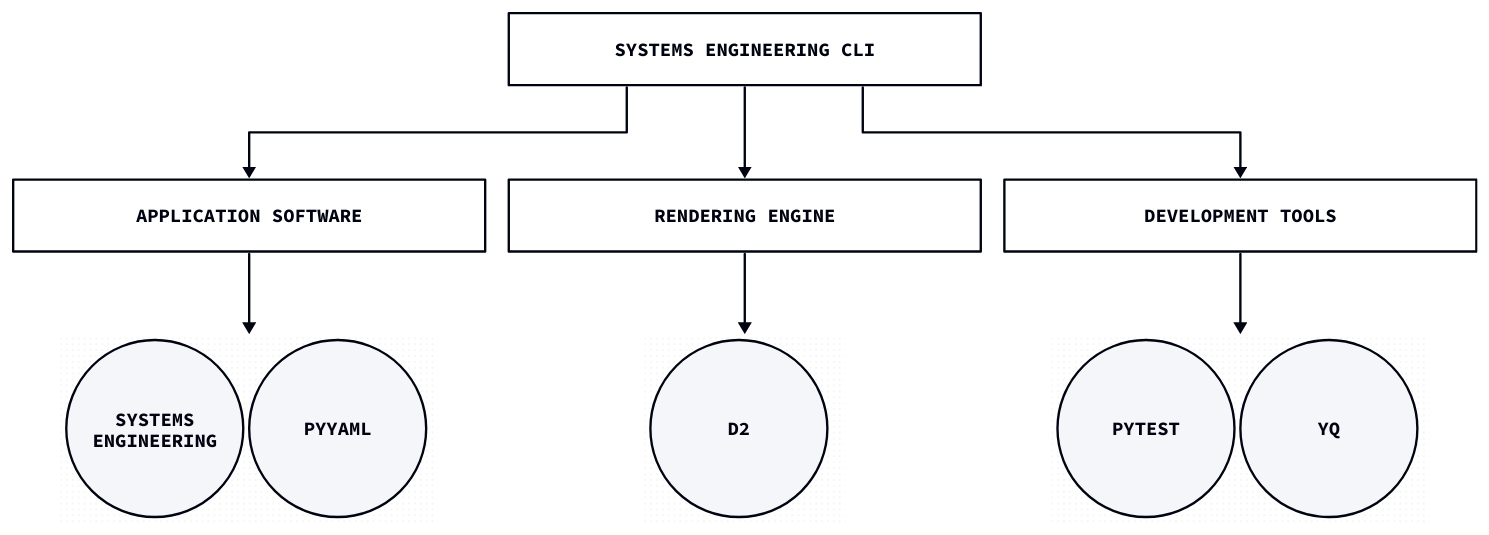
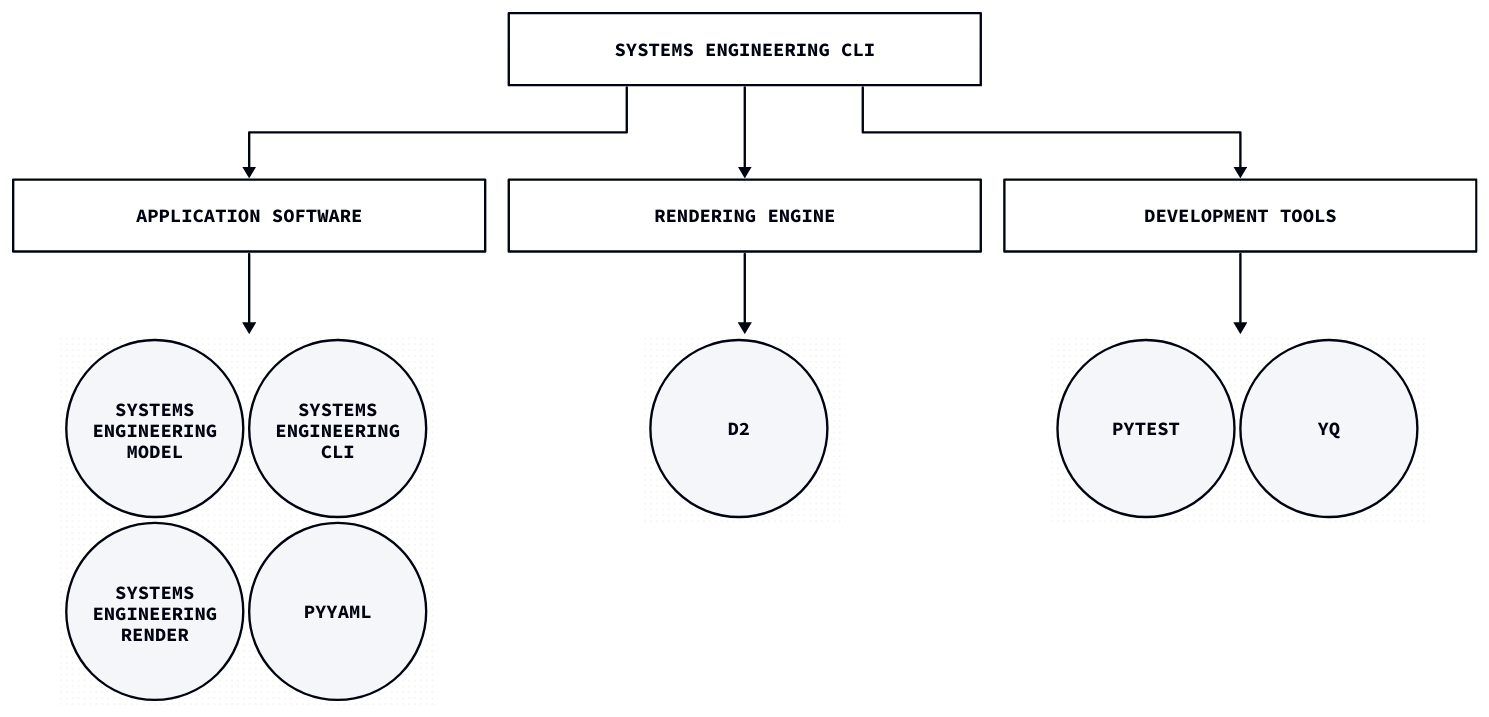
The diagram in design/product_breakdown.d2 (aidanns/systems-engineering), drawn with D2 before and after one commit. The commit also changed 18 other files, not shown here.

```diff
--- a/design/product_breakdown.d2
+++ b/design/product_breakdown.d2
@@ -1,74 +1,82 @@
 vars: {
   d2-config: {
     layout-engine: elk
     # Terminal theme code
     theme-id: 300
   }
 }
 
 direction: down
 
 root: Systems Engineering CLI
 root.width: 400
 
 p0: Application Software
 p0.width: 400
 root -> p0
 p0_container: "" {
   grid-columns: 3
-  grid-rows: 1
+  grid-rows: 2
   grid-gap: 5
   style: {
     stroke-width: 0
     fill: transparent
   }
-  p1: systems\nengineering
+  p1: systems\nengineering\nmodel
   p1.width: 150
   p1.height: 150
   p1.shape: circle
-  p2: PyYAML
+  p2: systems\nengineering\nrender
   p2.width: 150
   p2.height: 150
   p2.shape: circle
-}
-p0 -> p0_container
-
-p3: Rendering Engine
-p3.width: 400
-root -> p3
-p3_container: "" {
-  grid-columns: 3
-  grid-rows: 1
-  grid-gap: 5
-  style: {
-    stroke-width: 0
-    fill: transparent
-  }
-  p4: d2
+  p3: systems\nengineering\ncli
+  p3.width: 150
+  p3.height: 150
+  p3.shape: circle
+  p4: PyYAML
   p4.width: 150
   p4.height: 150
   p4.shape: circle
 }
-p3 -> p3_container
+p0 -> p0_container
 
-p5: Development Tools
+p5: Rendering Engine
 p5.width: 400
 root -> p5
 p5_container: "" {
   grid-columns: 3
   grid-rows: 1
   grid-gap: 5
   style: {
     stroke-width: 0
     fill: transparent
   }
-  p6: pytest
+  p6: d2
   p6.width: 150
   p6.height: 150
   p6.shape: circle
-  p7: yq
-  p7.width: 150
-  p7.height: 150
-  p7.shape: circle
 }
 p5 -> p5_container
+
+p7: Development Tools
+p7.width: 400
+root -> p7
+p7_container: "" {
+  grid-columns: 3
+  grid-rows: 1
+  grid-gap: 5
+  style: {
+    stroke-width: 0
+    fill: transparent
+  }
+  p8: pytest
+  p8.width: 150
+  p8.height: 150
+  p8.shape: circle
+  p9: yq
+  p9.width: 150
+  p9.height: 150
+  p9.shape: circle
+}
+p7 -> p7_container
```
